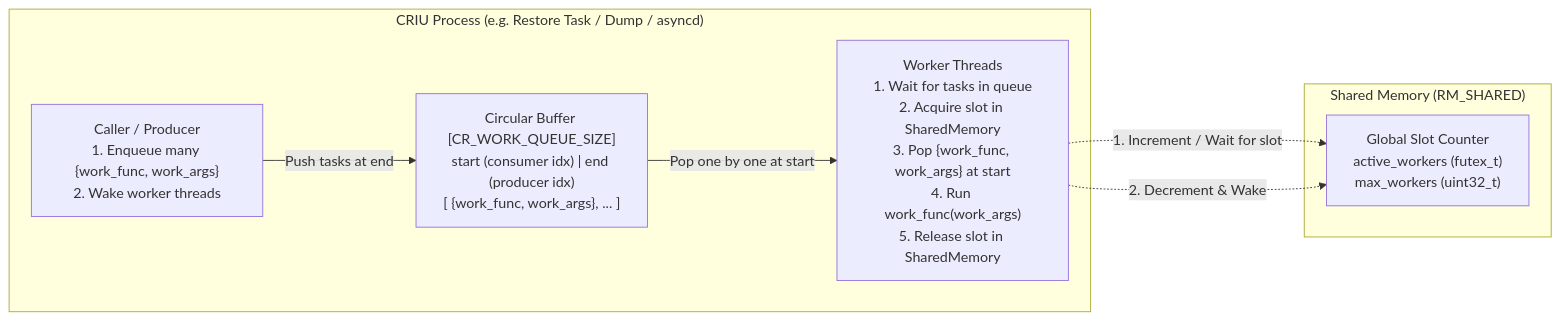
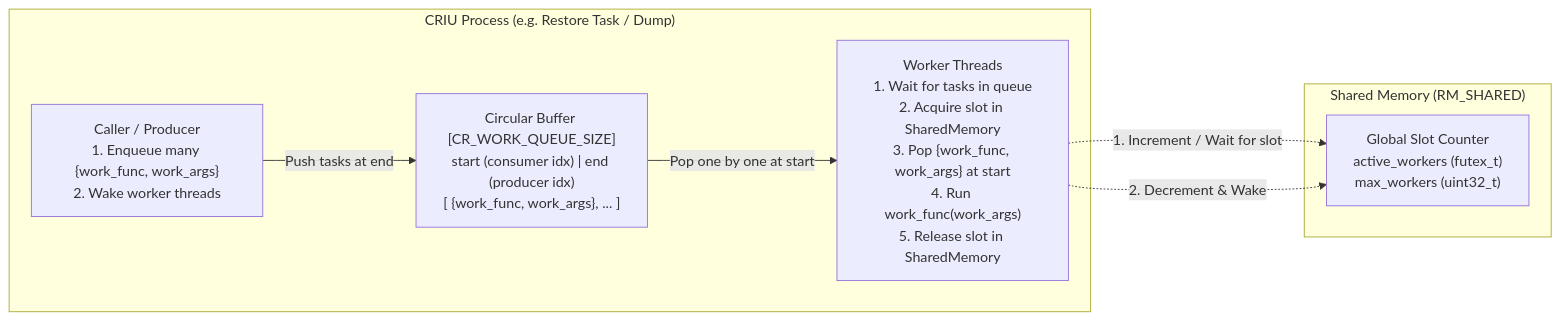
Before and after one commit to avagin/criu: the diagram in Documentation/parallel-task-engine.md, drawn with Mermaid. The commit also changed other lines of this file and 14 other files, not shown here.

First line of the commit message:
restore: remove asyncd

````diff
--- a/Documentation/parallel-task-engine.md
+++ b/Documentation/parallel-task-engine.md
@@ -17,18 +17,18 @@
 ```mermaid
 flowchart LR
     subgraph SharedMemory["Shared Memory (RM_SHARED)"]
         GlobalCounter["Global Slot Counter\nactive_workers (futex_t)\nmax_workers (uint32_t)"]
     end
 
-    subgraph ProcessA["CRIU Process (e.g. Restore Task / Dump / asyncd)"]
+    subgraph ProcessA["CRIU Process (e.g. Restore Task / Dump)"]
         Producer["Caller / Producer\n1. Enqueue many {work_func, work_args}\n2. Wake worker threads"]
         RingBuf["Circular Buffer [CR_WORK_QUEUE_SIZE]\nstart (consumer idx) | end (producer idx)\n[ {work_func, work_args}, ... ]"]
         Workers["Worker Threads\n1. Wait for tasks in queue\n2. Acquire slot in SharedMemory\n3. Pop {work_func, work_args} at start\n4. Run work_func(work_args)\n5. Release slot in SharedMemory"]
 
         Producer -->|"Push tasks at end"| RingBuf
         RingBuf -->|"Pop one by one at start"| Workers
     end
 
     Workers -.->|"1. Increment / Wait for slot"| GlobalCounter
     Workers -.->|"2. Decrement & Wake"| GlobalCounter
 ```
````
